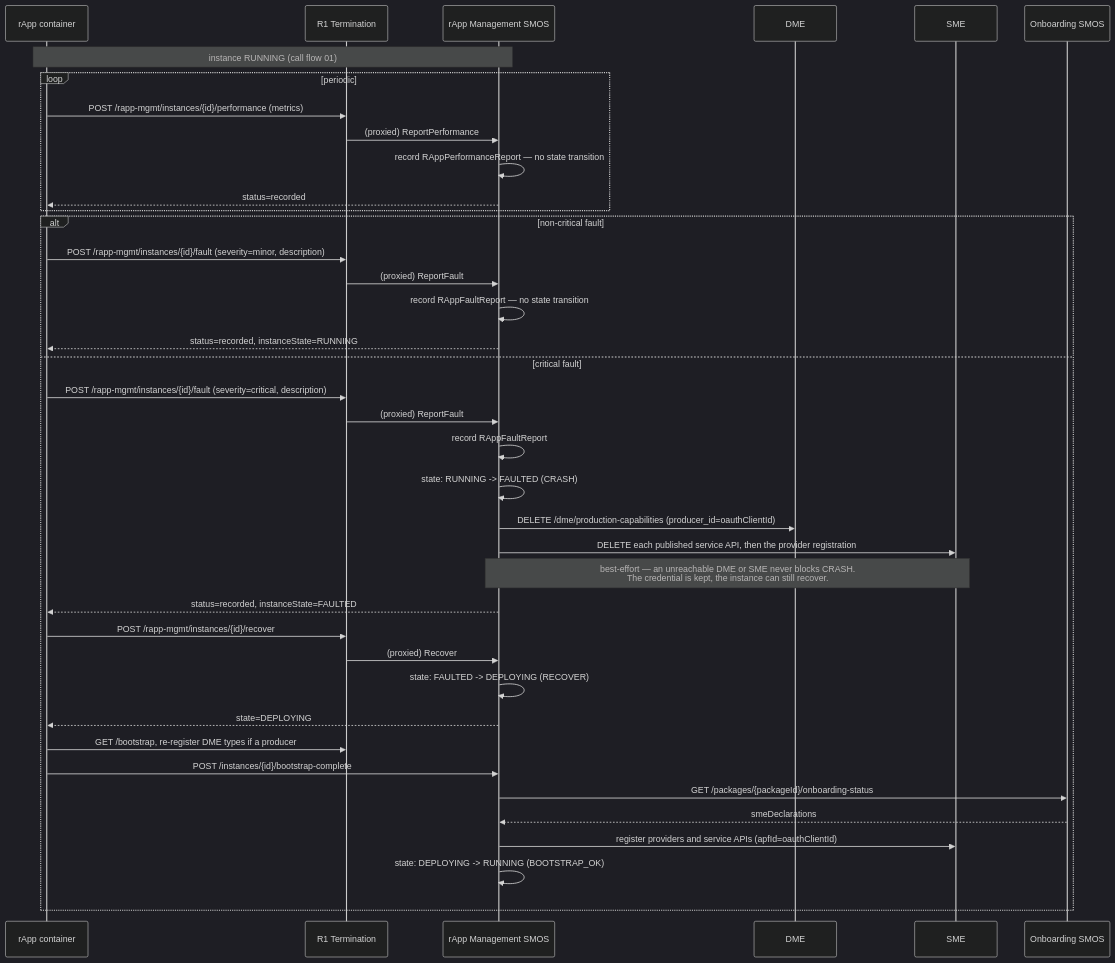
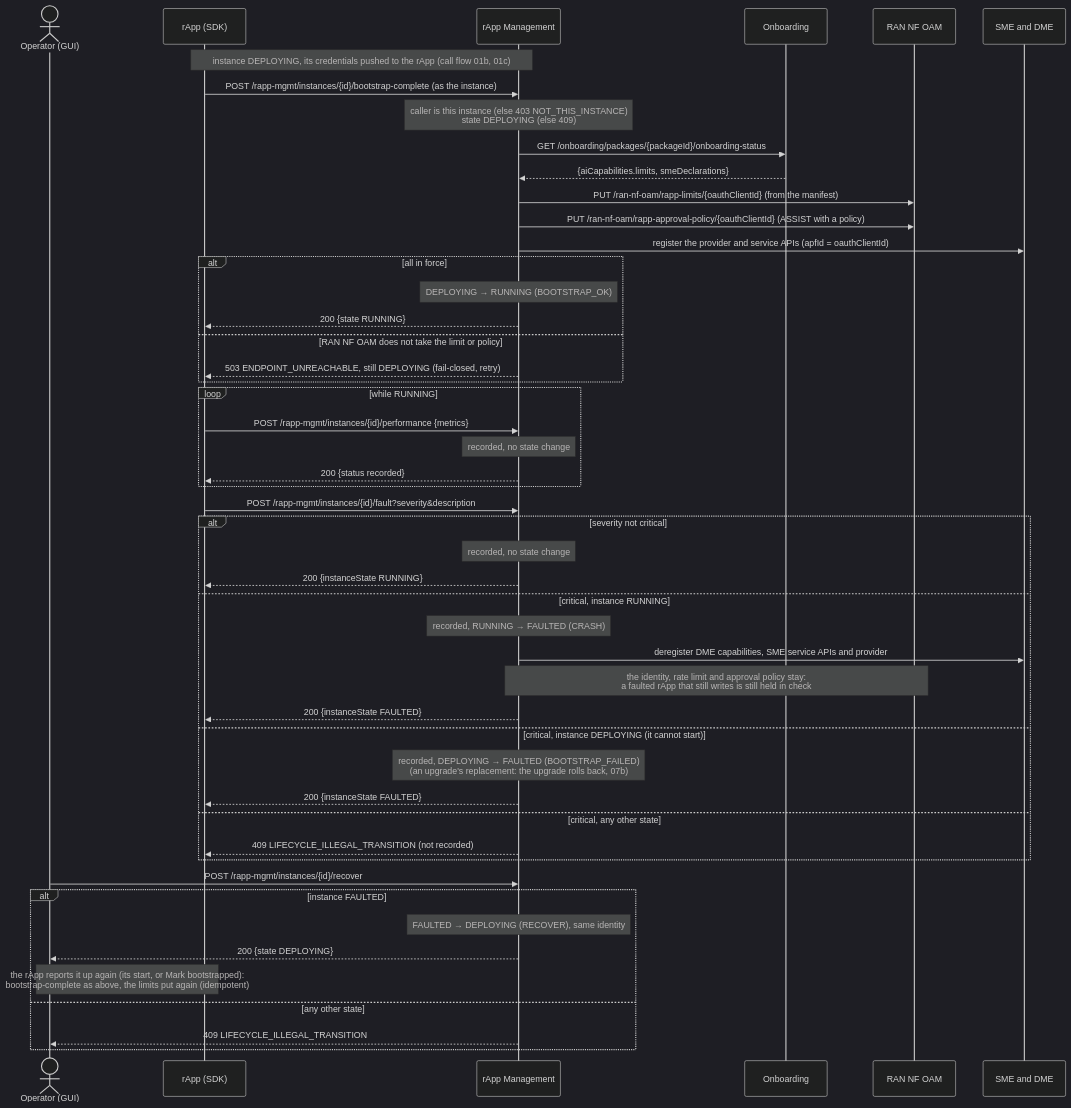
One commit to rsys-bshankar/ai-ran-smo changed the first of 5 diagrams in smo/docs/call-flows/07-rapp-instance-lifecycle.md. Above: the diagram before and after it, drawn with Mermaid (dark theme). The commit also changed other lines of this file and 24 other files, not shown here.

First line of the commit message:
Flow 07 review: a faulted or upgraded rApp stays held in check, the replacement brings itself up (DOC-CF-1.3)

````diff
--- a/smo/docs/call-flows/07-rapp-instance-lifecycle.md
+++ b/smo/docs/call-flows/07-rapp-instance-lifecycle.md
@@ -48,45 +53,55 @@
 ```mermaid
 sequenceDiagram
-    participant Container as rApp container
-    participant R1 as R1 Termination
-    participant Rapp as rApp Management SMOS
-    participant DME as DME
-    participant SME as SME
-    participant Onb as Onboarding SMOS
+    actor Op as Operator (GUI)
+    participant App as rApp (SDK)
+    participant RM as rApp Management
+    participant Onb as Onboarding
+    participant OAM as RAN NF OAM
+    participant Reg as SME and DME
 
-    Note over Container,Rapp: instance RUNNING (call flow 01)
-
-    loop periodic
-        Container->>R1: POST /rapp-mgmt/instances/{id}/performance (metrics)
-        R1->>Rapp: (proxied) ReportPerformance
-        Rapp->>Rapp: record RAppPerformanceReport — no state transition
-        Rapp-->>Container: status=recorded
+    Note over App,RM: instance DEPLOYING, its credentials pushed to the rApp (call flow 01b, 01c)
+    App->>RM: POST /rapp-mgmt/instances/{id}/bootstrap-complete (as the instance)
+    Note over RM: caller is this instance (else 403 NOT_THIS_INSTANCE)<br/>state DEPLOYING (else 409)
+    RM->>Onb: GET /onboarding/packages/{packageId}/onboarding-status
+    Onb-->>RM: {aiCapabilities.limits, smeDeclarations}
+    RM->>OAM: PUT /ran-nf-oam/rapp-limits/{oauthClientId} (from the manifest)
+    RM->>OAM: PUT /ran-nf-oam/rapp-approval-policy/{oauthClientId} (ASSIST with a policy)
+    RM->>Reg: register the provider and service APIs (apfId = oauthClientId)
+    alt all in force
+        Note over RM: DEPLOYING → RUNNING (BOOTSTRAP_OK)
+        RM-->>App: 200 {state RUNNING}
+    else RAN NF OAM does not take the limit or policy
+        RM-->>App: 503 ENDPOINT_UNREACHABLE, still DEPLOYING (fail-closed, retry)
     end
 
-    alt non-critical fault
-        Container->>R1: POST /rapp-mgmt/instances/{id}/fault (severity=minor, description)
-        R1->>Rapp: (proxied) ReportFault
-        Rapp->>Rapp: record RAppFaultReport — no state transition
-        Rapp-->>Container: status=recorded, instanceState=RUNNING
-    else critical fault
-        Container->>R1: POST /rapp-mgmt/instances/{id}/fault (severity=critical, description)
-        R1->>Rapp: (proxied) ReportFault
-        Rapp->>Rapp: record RAppFaultReport
-        Rapp->>Rapp: state: RUNNING -> FAULTED (CRASH)
-        Rapp->>DME: DELETE /dme/production-capabilities (producer_id=oauthClientId)
-        Rapp->>SME: DELETE each published service API, then the provider registration
-        Note over Rapp,SME: best-effort — an unreachable DME or SME never blocks CRASH.<br/>The credential is kept, the instance can still recover.
-        Rapp-->>Container: status=recorded, instanceState=FAULTED
+    loop while RUNNING
+        App->>RM: POST /rapp-mgmt/instances/{id}/performance {metrics}
+        Note over RM: recorded, no state change
+        RM-->>App: 200 {status recorded}
+    end
 
-        Container->>R1: POST /rapp-mgmt/instances/{id}/recover
-        R1->>Rapp: (proxied) Recover
-        Rapp->>Rapp: state: FAULTED -> DEPLOYING (RECOVER)
-        Rapp-->>Container: state=DEPLOYING
-        Container->>R1: GET /bootstrap, re-register DME types if a producer
-        Container->>Rapp: POST /instances/{id}/bootstrap-complete
-        Rapp->>Onb: GET /packages/{packageId}/onboarding-status
-        Onb-->>Rapp: smeDeclarations
-        Rapp->>SME: register providers and service APIs (apfId=oauthClientId)
-        Rapp->>Rapp: state: DEPLOYING -> RUNNING (BOOTSTRAP_OK)
+    App->>RM: POST /rapp-mgmt/instances/{id}/fault?severity&description
+    alt severity not critical
+        Note over RM: recorded, no state change
+        RM-->>App: 200 {instanceState RUNNING}
+    else critical, instance RUNNING
+        Note over RM: recorded, RUNNING → FAULTED (CRASH)
+        RM->>Reg: deregister DME capabilities, SME service APIs and provider
+        Note over RM,OAM: the identity, rate limit and approval policy stay:<br/>a faulted rApp that still writes is still held in check
+        RM-->>App: 200 {instanceState FAULTED}
+    else critical, instance DEPLOYING (it cannot start)
+        Note over RM: recorded, DEPLOYING → FAULTED (BOOTSTRAP_FAILED)<br/>(an upgrade's replacement: the upgrade rolls back, 07b)
+        RM-->>App: 200 {instanceState FAULTED}
+    else critical, any other state
+        RM-->>App: 409 LIFECYCLE_ILLEGAL_TRANSITION (not recorded)
+    end
+
+    Op->>RM: POST /rapp-mgmt/instances/{id}/recover
+    alt instance FAULTED
+        Note over RM: FAULTED → DEPLOYING (RECOVER), same identity
+        RM-->>Op: 200 {state DEPLOYING}
+        Note over Op,App: the rApp reports it up again (its start, or Mark bootstrapped):<br/>bootstrap-complete as above, the limits put again (idempotent)
+    else any other state
+        RM-->>Op: 409 LIFECYCLE_ILLEGAL_TRANSITION
     end
 ```
````
